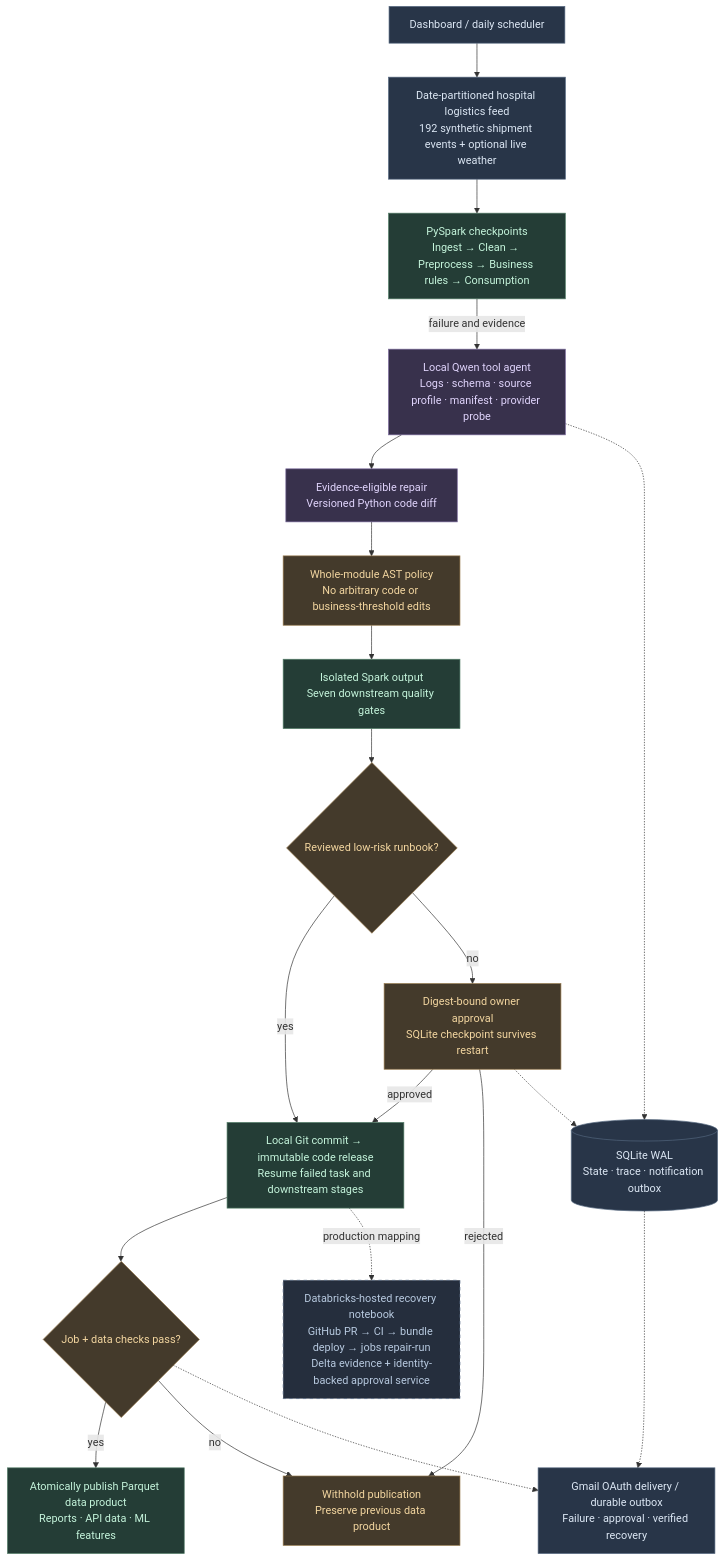
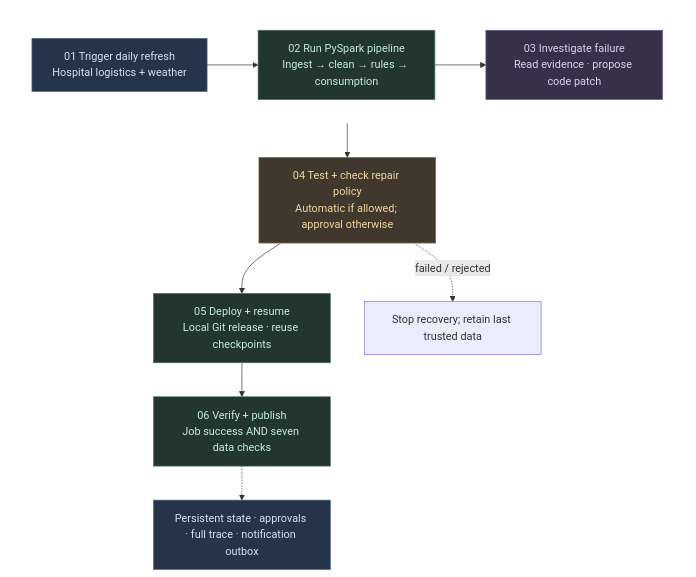
The diagram in docs/diagrams/architecture.mmd (joshuadominic0598/data-pipeline-recovery-agent), drawn with Mermaid before and after one commit. The commit also changed 12 other files, not shown here.

Commit message:
Simplify recovery diagrams and explain Databricks production flow

```diff
--- a/docs/diagrams/architecture.mmd
+++ b/docs/diagrams/architecture.mmd
@@ -1,25 +1,14 @@
 flowchart TB
-  classDef source fill:#283548,color:#dce7f4,stroke:#53667e
-  classDef compute fill:#243d36,color:#c5f5dc,stroke:#547e68
-  classDef agent fill:#38314c,color:#e0d4fc,stroke:#796899
-  classDef gate fill:#443a2b,color:#f3d6a0,stroke:#95784b
-  classDef cloud fill:#252e3d,color:#b7c9df,stroke:#576b85,stroke-dasharray:5 5
-  trigger[Dashboard / daily scheduler]:::source --> source[Date-partitioned hospital logistics feed\n192 synthetic shipment events + optional live weather]:::source
-  source --> pipeline[PySpark checkpoints\nIngest → Clean → Preprocess → Business rules → Consumption]:::compute
-  pipeline -->|failure and evidence| investigator[Local Qwen tool agent\nLogs · schema · source profile · manifest · provider probe]:::agent
-  investigator --> proposal[Evidence-eligible repair\nVersioned Python code diff]:::agent
-  proposal --> policy[Whole-module AST policy\nNo arbitrary code or business-threshold edits]:::gate
-  policy --> sandbox[Isolated Spark output\nSeven downstream quality gates]:::compute
-  sandbox --> risk{Reviewed low-risk runbook?}:::gate
-  risk -->|yes| apply[Local Git commit → immutable code release\nResume failed task and downstream stages]:::compute
-  risk -->|no| approval[Digest-bound owner approval\nSQLite checkpoint survives restart]:::gate
-  approval -->|approved| apply
-  approval -->|rejected| stop[Withhold publication\nPreserve previous data product]:::gate
-  apply --> verify{Job + data checks pass?}:::gate
-  verify -->|yes| publish[Atomically publish Parquet data product\nReports · API data · ML features]:::compute
-  verify -->|no| stop
-  investigator -.-> state[(SQLite WAL\nState · trace · notification outbox)]:::source
-  approval -.-> state
-  verify -.-> email[Gmail OAuth delivery / durable outbox\nFailure · approval · verified recovery]:::source
-  state -.-> email
-  apply -. production mapping .-> cloud[Databricks-hosted recovery notebook\nGitHub PR → CI → bundle deploy → jobs repair-run\nDelta evidence + identity-backed approval service]:::cloud
+  classDef source fill:#263449,color:#d3e1f4,stroke:#4d6689
+  classDef compute fill:#23352f,color:#c5edda,stroke:#4a7560
+  classDef agent fill:#363048,color:#ded0f4,stroke:#756295
+  classDef gate fill:#40382c,color:#f3d5a1,stroke:#8a704b
+  subgraph first[" "]
+    direction LR
+    trigger["01 Trigger daily refresh<br/>Hospital logistics + weather"]:::source --> pipeline["02 Run PySpark pipeline<br/>Ingest → clean → rules → consumption"]:::compute --> agent["03 Investigate failure<br/>Read evidence · propose code patch"]:::agent
+  end
+  agent --> test["04 Test + check repair policy<br/>Automatic if allowed; approval otherwise"]:::gate
+  test --> deploy["05 Deploy + resume<br/>Local Git release · reuse checkpoints"]:::compute --> verify["06 Verify + publish<br/>Job success AND seven data checks"]:::compute
+  test -. failed / rejected .-> stop["Stop recovery; retain last trusted data"]
+  verify -.-> state["Persistent state · approvals · full trace · notification outbox"]:::source
+  style first fill:transparent,stroke:transparent
```
